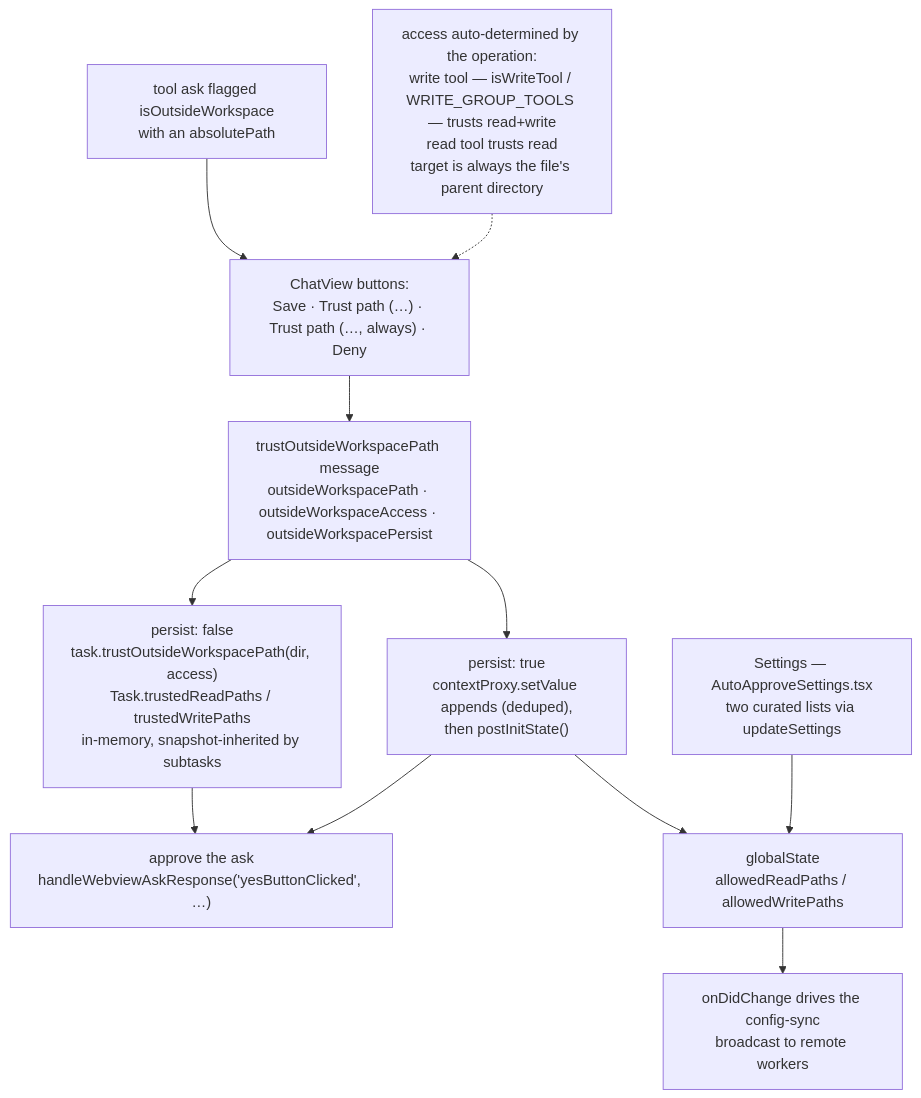
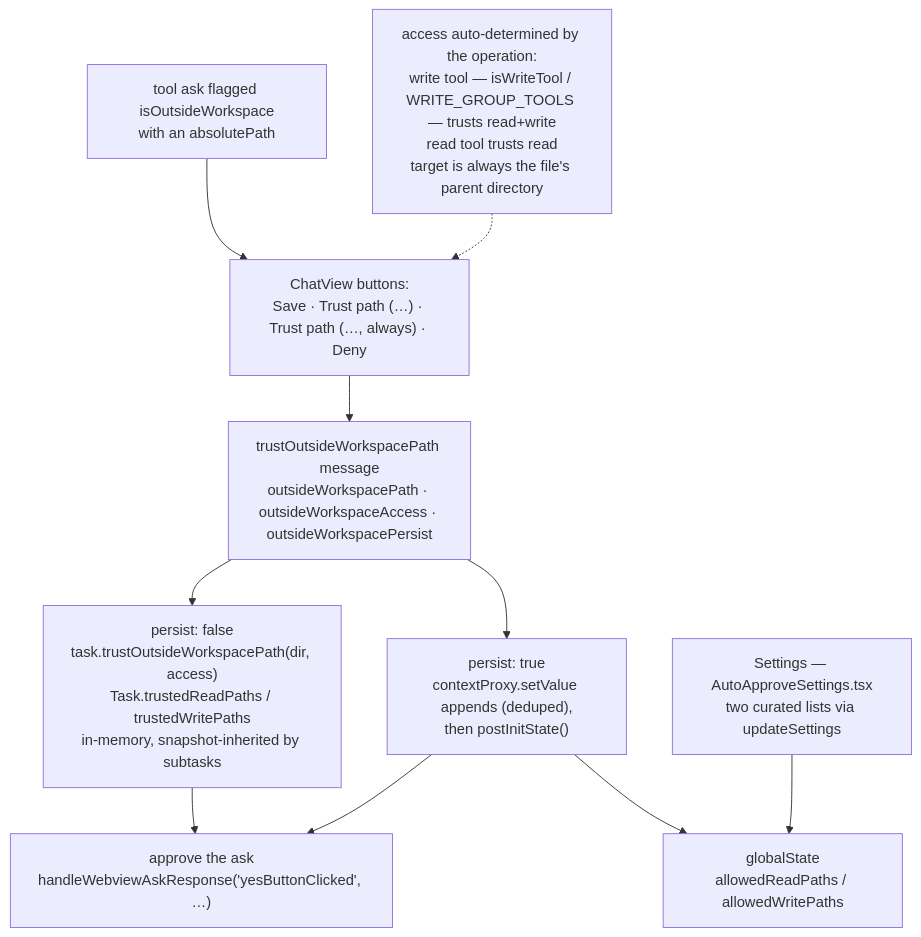
The third of 4 diagrams in docs/outside-workspace-path-allowlist.md (shofer-dev/shofer), drawn with Mermaid before and after one commit. The commit also changed other lines of this file and 85 other files, not shown here.

First line of the commit message:
feat!: remove the Shofer Workers fleet layer (remote_agents phase 1)

````diff
--- a/docs/outside-workspace-path-allowlist.md
+++ b/docs/outside-workspace-path-allowlist.md
@@ -278,23 +277,21 @@
 ```mermaid
 flowchart TB
     ASKQ["tool ask flagged isOutsideWorkspace<br/>with an absolutePath"]
     BTN["ChatView buttons:<br/>Save · Trust path (…) · Trust path (…, always) · Deny"]
     ACC["access auto-determined by the operation:<br/>write tool — isWriteTool / WRITE_GROUP_TOOLS — trusts read+write<br/>read tool trusts read<br/>target is always the file's parent directory"]
 
     MSG["trustOutsideWorkspacePath message<br/>outsideWorkspacePath · outsideWorkspaceAccess · outsideWorkspacePersist"]
 
     TASKT["persist: false<br/>task.trustOutsideWorkspacePath(dir, access)<br/>Task.trustedReadPaths / trustedWritePaths<br/>in-memory, snapshot-inherited by subtasks"]
     PERM["persist: true<br/>contextProxy.setValue appends (deduped),<br/>then postInitState()"]
     SET["Settings — AutoApproveSettings.tsx<br/>two curated lists via updateSettings"]
     STORE["globalState<br/>allowedReadPaths / allowedWritePaths"]
-    SYNC["onDidChange drives the config-sync<br/>broadcast to remote workers"]
     APPR["approve the ask<br/>handleWebviewAskResponse('yesButtonClicked', …)"]
 
     ASKQ --> BTN --> MSG
     ACC -.-> BTN
     MSG --> TASKT --> APPR
     MSG --> PERM --> APPR
     PERM --> STORE
     SET --> STORE
-    STORE --> SYNC
 ```
````
